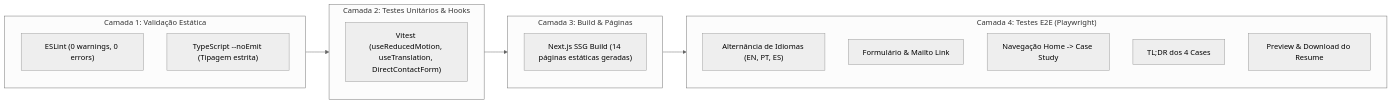
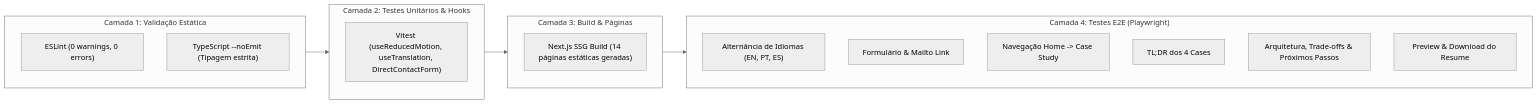
The diagram in docs/evidence/portfolio-nexus/tests.md (vanderlei-vidor/portfolio-nexus), drawn with Mermaid (neutral theme) before and after one commit. The commit also changed other lines of this file and 14 other files, not shown here.

````diff
--- a/docs/evidence/portfolio-nexus/tests.md
+++ b/docs/evidence/portfolio-nexus/tests.md
@@ -13,25 +13,26 @@
 ```mermaid
 flowchart LR
     subgraph L1 ["Camada 1: Validação Estática"]
         Lint["ESLint (0 warnings, 0 errors)"]
         TSC["TypeScript --noEmit (Tipagem estrita)"]
     end
 
     subgraph L2 ["Camada 2: Testes Unitários & Hooks"]
         Vitest["Vitest (useReducedMotion, useTranslation, DirectContactForm)"]
     end
 
     subgraph L3 ["Camada 3: Build & Páginas"]
         Build["Next.js SSG Build (14 páginas estáticas geradas)"]
     end
 
     subgraph L4 ["Camada 4: Testes E2E (Playwright)"]
         E2E_Lang["Alternância de Idiomas (EN, PT, ES)"]
         E2E_Contact["Formulário & Mailto Link"]
         E2E_Nav["Navegação Home -> Case Study"]
         E2E_Summary["TL;DR dos 4 Cases"]
+        E2E_Proof["Arquitetura, Trade-offs & Próximos Passos"]
         E2E_Resume["Preview & Download do Resume"]
     end
 
     L1 --> L2 --> L3 --> L4
 ```
````
